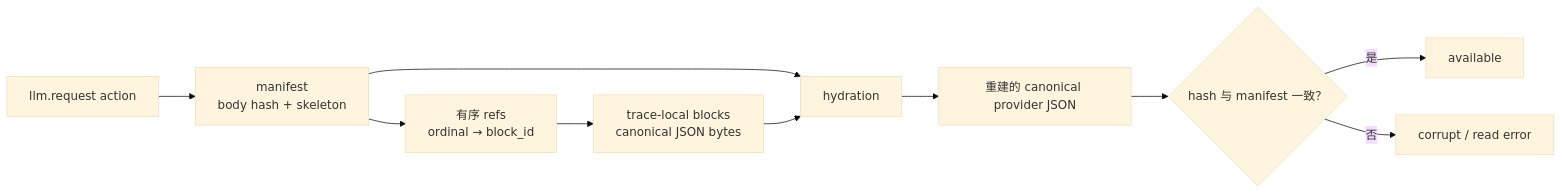
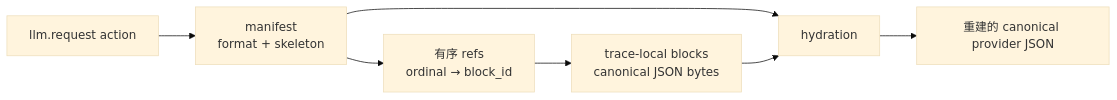
The diagram in docs/reference/data-model/llm-request.md (openeuler-mirror/AcTrail), drawn with Mermaid (base theme) before and after one commit. The commit also changed other lines of this file and 701 other files, not shown here.

````diff
--- a/docs/reference/data-model/llm-request.md
+++ b/docs/reference/data-model/llm-request.md
@@ -23,12 +23,9 @@
 ```mermaid
 flowchart LR
-    Action["llm.request action"] --> Manifest["manifest<br/>body hash + skeleton"]
+    Action["llm.request action"] --> Manifest["manifest<br/>format + skeleton"]
     Manifest --> Refs["有序 refs<br/>ordinal → block_id"]
     Refs --> Blocks["trace-local blocks<br/>canonical JSON bytes"]
     Manifest --> Hydrate["hydration"]
     Blocks --> Hydrate
     Hydrate --> Body["重建的 canonical provider JSON"]
-    Body --> Verify{"hash 与 manifest 一致？"}
-    Verify -->|"是"| Available["available"]
-    Verify -->|"否"| Corrupt["corrupt / read error"]
 ```
````
